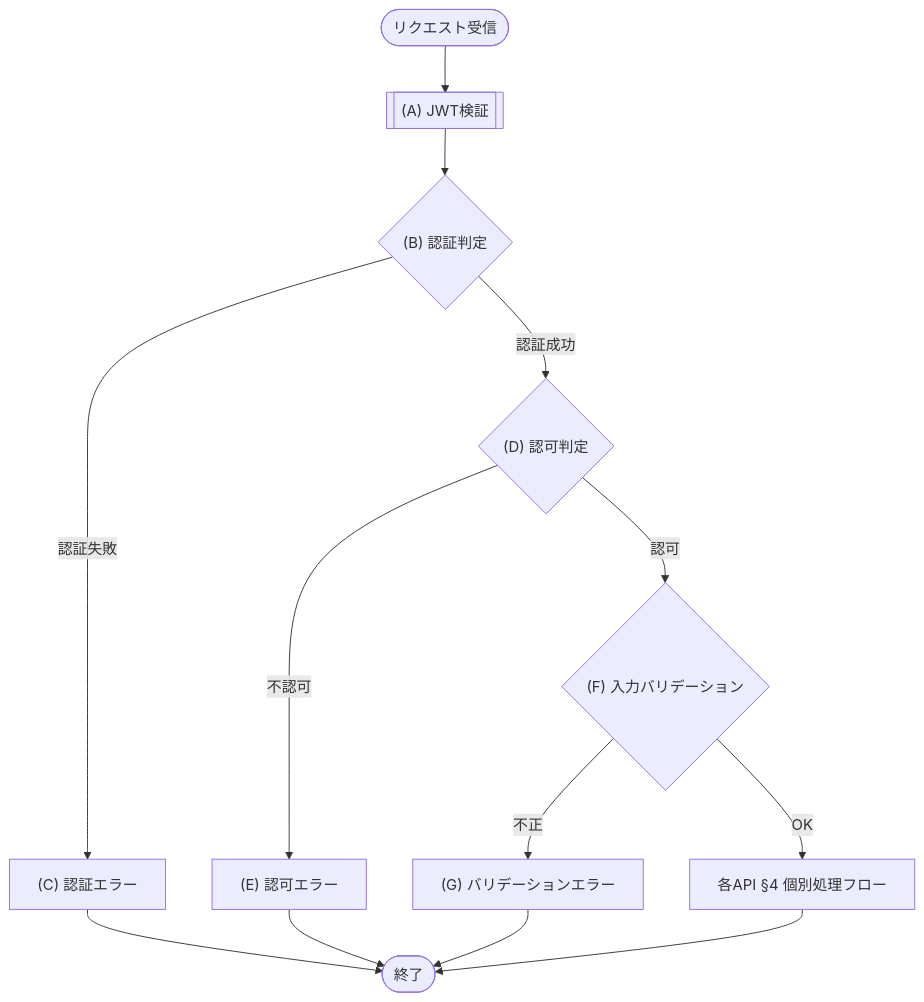
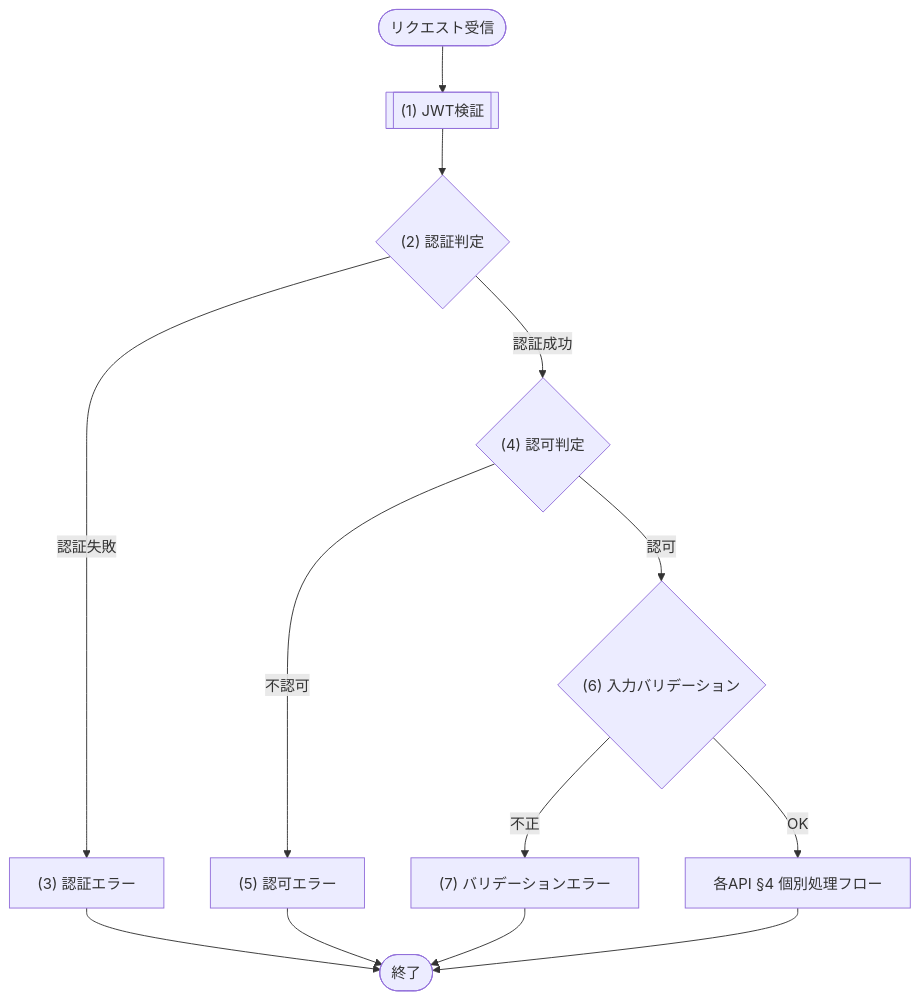
Before and after one commit to sikakou54/system-document-template: the diagram in docs/03_機能設計/03_API設計/API-COM_共通設計.md, drawn with Mermaid. The commit also changed other lines of this file, not shown here.

````diff
--- a/docs/03_機能設計/03_API設計/API-COM_共通設計.md
+++ b/docs/03_機能設計/03_API設計/API-COM_共通設計.md
@@ -99,21 +99,21 @@
 ```mermaid
 flowchart TD
   Start([リクエスト受信])
-  P1[["(A) JWT検証"]]
-  D1{"(B) 認証判定"}
-  E1["(C) 認証エラー"]
-  D2{"(D) 認可判定"}
-  E2["(E) 認可エラー"]
-  D3{"(F) 入力バリデーション"}
-  E6["(G) バリデーションエラー"]
+  P1[["(1) JWT検証"]]
+  D1{"(2) 認証判定"}
+  E1["(3) 認証エラー"]
+  D2{"(4) 認可判定"}
+  E2["(5) 認可エラー"]
+  D3{"(6) 入力バリデーション"}
+  E6["(7) バリデーションエラー"]
   Body["各API §4 個別処理フロー"]
   End([終了])
 
   Start --> P1 --> D1
   D1 -- "認証失敗" --> E1 --> End
   D1 -- "認証成功" --> D2
   D2 -- "不認可" --> E2 --> End
   D2 -- "認可" --> D3
   D3 -- "不正" --> E6 --> End
   D3 -- "OK" --> Body --> End
 ```
````
